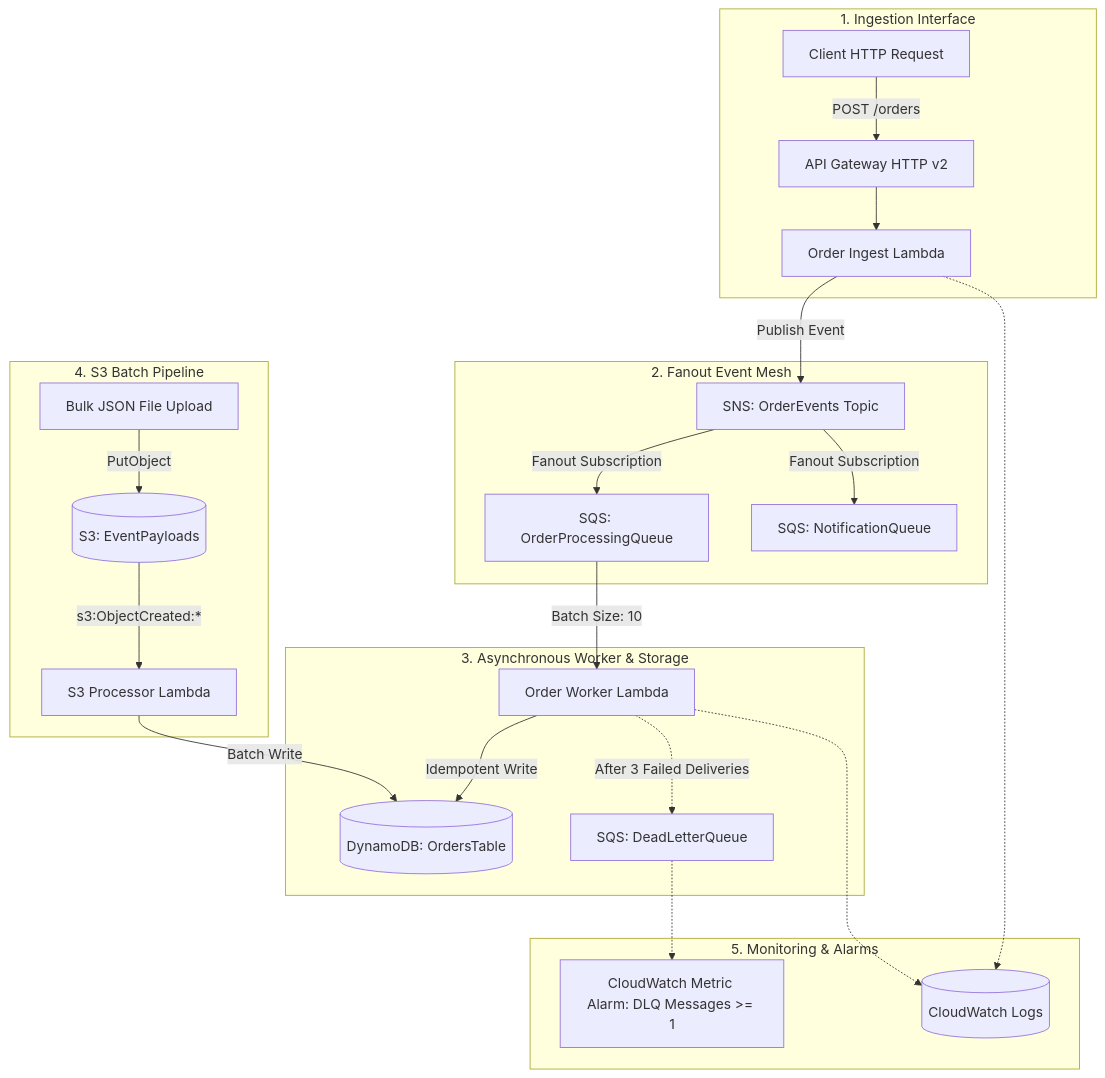
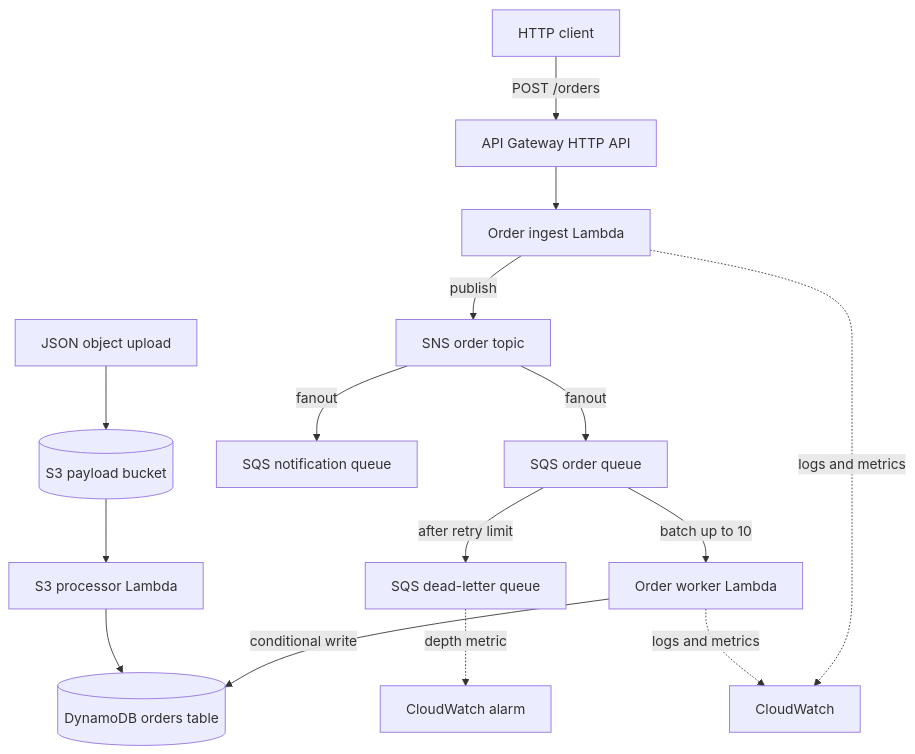
One commit to AAAmer91/event-mesh-cloud-platform changed the diagram in ARCHITECTURE.md. Above: the diagram before and after it, drawn with Mermaid. The commit also changed other lines of this file and 10 other files, not shown here.

Commit message:
docs: clarify event mesh proof of concept

````diff
--- a/ARCHITECTURE.md
+++ b/ARCHITECTURE.md
@@ -9,31 +7,19 @@
 ```mermaid
 flowchart TD
-    subgraph ClientLayer ["1. Ingestion Interface"]
-        HTTPProducer[Client HTTP Request] -->|POST /orders| APIGateway[API Gateway HTTP v2]
-        APIGateway --> IngestLambda[Order Ingest Lambda]
-    end
+    Client[HTTP client] -->|POST /orders| Gateway[API Gateway HTTP API]
+    Gateway --> Ingest[Order ingest Lambda]
+    Ingest -->|publish| Topic[SNS order topic]
+    Topic -->|fanout| OrderQueue[SQS order queue]
+    Topic -->|fanout| NotificationQueue[SQS notification queue]
+    OrderQueue -->|batch up to 10| Worker[Order worker Lambda]
+    Worker -->|conditional write| Orders[(DynamoDB orders table)]
+    OrderQueue -->|after retry limit| DLQ[SQS dead-letter queue]
 
-    subgraph MessagingLayer ["2. Fanout Event Mesh"]
-        IngestLambda -->|Publish Event| SNSTopic[SNS: OrderEvents Topic]
-        SNSTopic -->|Fanout Subscription| OrderSQS[SQS: OrderProcessingQueue]
-        SNSTopic -->|Fanout Subscription| NotifySQS[SQS: NotificationQueue]
-    end
+    Upload[JSON object upload] --> Bucket[(S3 payload bucket)]
+    Bucket --> Processor[S3 processor Lambda]
+    Processor --> Orders
 
-    subgraph WorkerLayer ["3. Asynchronous Worker & Storage"]
-        OrderSQS -->|Batch Size: 10| OrderWorkerLambda[Order Worker Lambda]
-        OrderWorkerLambda -->|Idempotent Write| DynamoDB[(DynamoDB: OrdersTable)]
-        OrderWorkerLambda -.->|After 3 Failed Deliveries| OrderDLQ[SQS: DeadLetterQueue]
-    end
-
-    subgraph StoragePipeline ["4. S3 Batch Pipeline"]
-        BulkUpload[Bulk JSON File Upload] -->|PutObject| S3Bucket[(S3: EventPayloads)]
-        S3Bucket -->|s3:ObjectCreated:*| S3WorkerLambda[S3 Processor Lambda]
-        S3WorkerLambda -->|Batch Write| DynamoDB
-    end
-
-    subgraph ObservabilityLayer ["5. Monitoring & Alarms"]
-        IngestLambda -.-> CloudWatchLogs[(CloudWatch Logs)]
-        OrderWorkerLambda -.-> CloudWatchLogs
-        OrderDLQ -.-> DLQAlarm[CloudWatch Metric Alarm: DLQ Messages >= 1]
-    end
+    Ingest -. logs and metrics .-> CloudWatch[CloudWatch]
+    Worker -. logs and metrics .-> CloudWatch
+    DLQ -. depth metric .-> Alarm[CloudWatch alarm]
 ```
````
